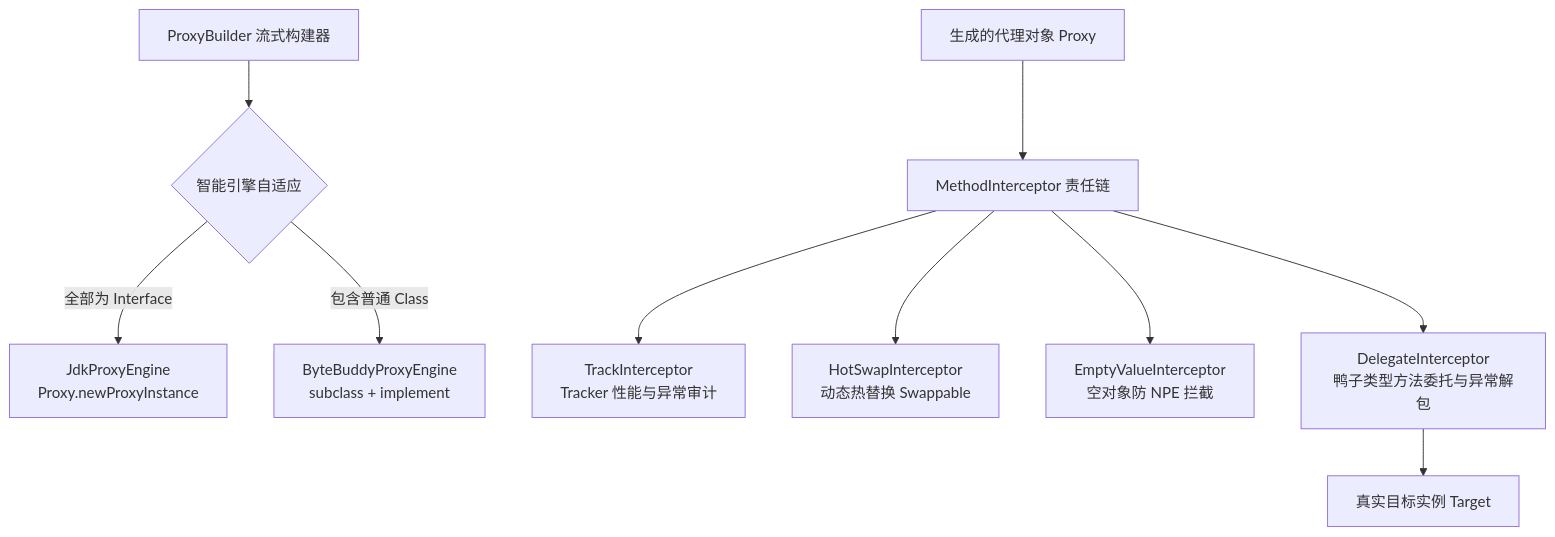
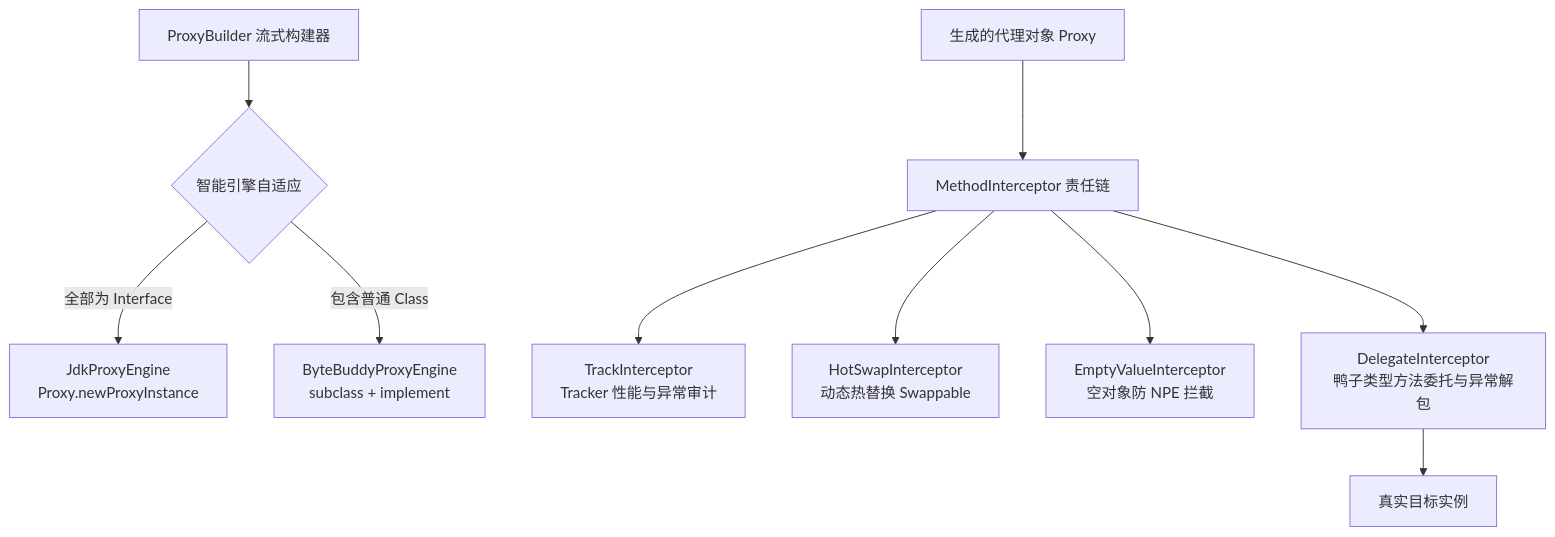
One commit to team4u/team4u-framework changed the diagram in docs/proxy/README.md. Above: the diagram before and after it, drawn with Mermaid. The commit also changed other lines of this file and 142 other files, not shown here.

````diff
--- a/docs/proxy/README.md
+++ b/docs/proxy/README.md
@@ -20,13 +20,13 @@
 ```mermaid
 graph TD
     PB["ProxyBuilder 流式构建器"] --> Engine{"智能引擎自适应"}
     Engine -->|"全部为 Interface"| JDK["JdkProxyEngine<br/>Proxy.newProxyInstance"]
     Engine -->|"包含普通 Class"| BB["ByteBuddyProxyEngine<br/>subclass + implement"]
     
     Proxy["生成的代理对象 Proxy"] --> Chain["MethodInterceptor 责任链"]
     Chain --> I1["TrackInterceptor<br/>Tracker 性能与异常审计"]
     Chain --> I2["HotSwapInterceptor<br/>动态热替换 Swappable"]
     Chain --> I3["EmptyValueInterceptor<br/>空对象防 NPE 拦截"]
     Chain --> I4["DelegateInterceptor<br/>鸭子类型方法委托与异常解包"]
-    I4 --> Target["真实目标实例 Target"]
+    I4 --> Target["真实目标实例"]
 ```
````
